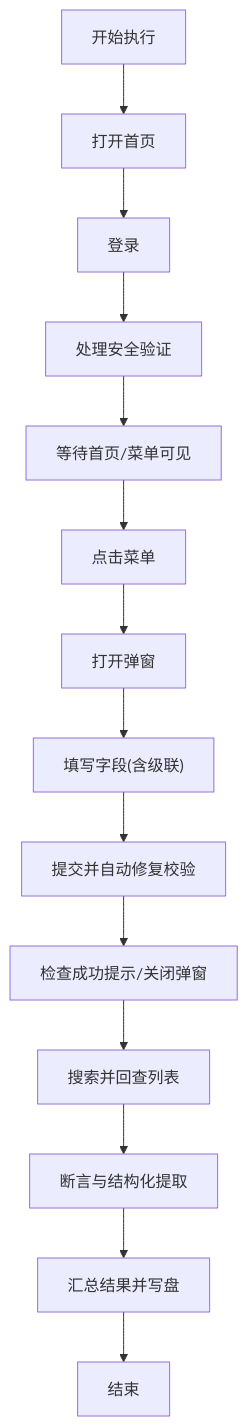
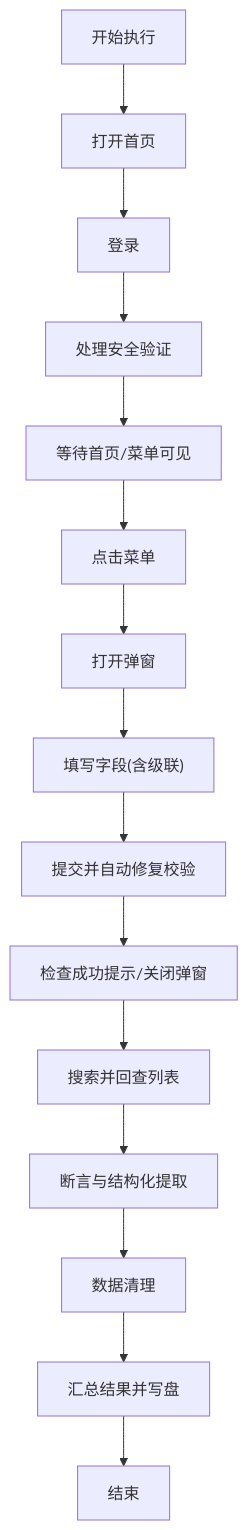
One commit to Jiane-EJ/playwright-mind changed the fourth of 12 diagrams in .qoder/repowiki/zh/content/执行器系统/任务执行器.md. Above: the diagram before and after it, drawn with Mermaid. The commit also changed other lines of this file and 5 other files, not shown here.

````diff
--- a/.qoder/repowiki/zh/content/执行器系统/任务执行器.md
+++ b/.qoder/repowiki/zh/content/执行器系统/任务执行器.md
@@ -141,16 +153,17 @@
 ```mermaid
 flowchart TD
 S["开始执行"] --> A["打开首页"]
 A --> B["登录"]
 B --> C["处理安全验证"]
 C --> D["等待首页/菜单可见"]
 D --> E["点击菜单"]
 E --> F["打开弹窗"]
 F --> G["填写字段(含级联)"]
 G --> H["提交并自动修复校验"]
 H --> I["检查成功提示/关闭弹窗"]
 I --> J["搜索并回查列表"]
 J --> K["断言与结构化提取"]
-K --> L["汇总结果并写盘"]
-L --> M["结束"]
+K --> L["数据清理"]
+L --> M["汇总结果并写盘"]
+M --> N["结束"]
 ```
````
